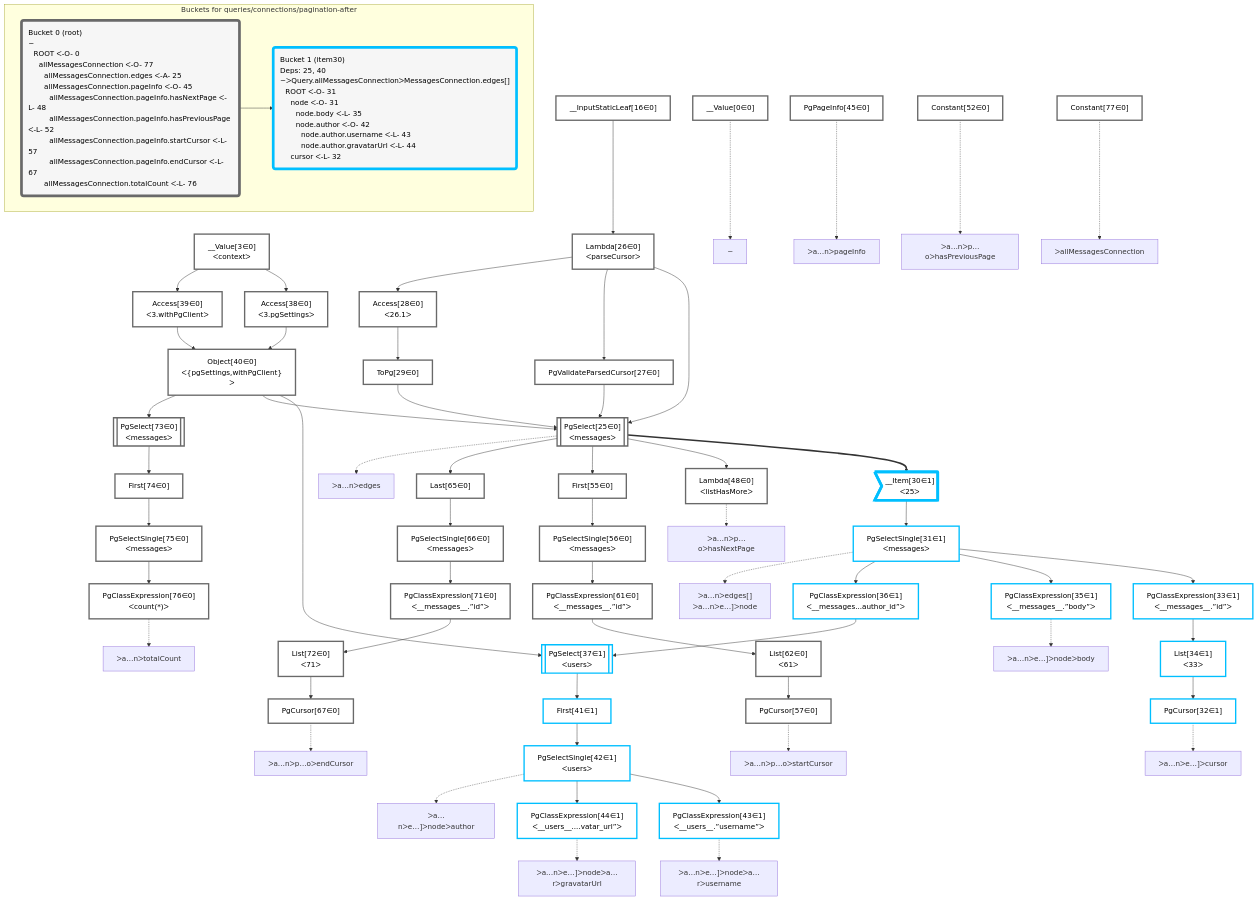
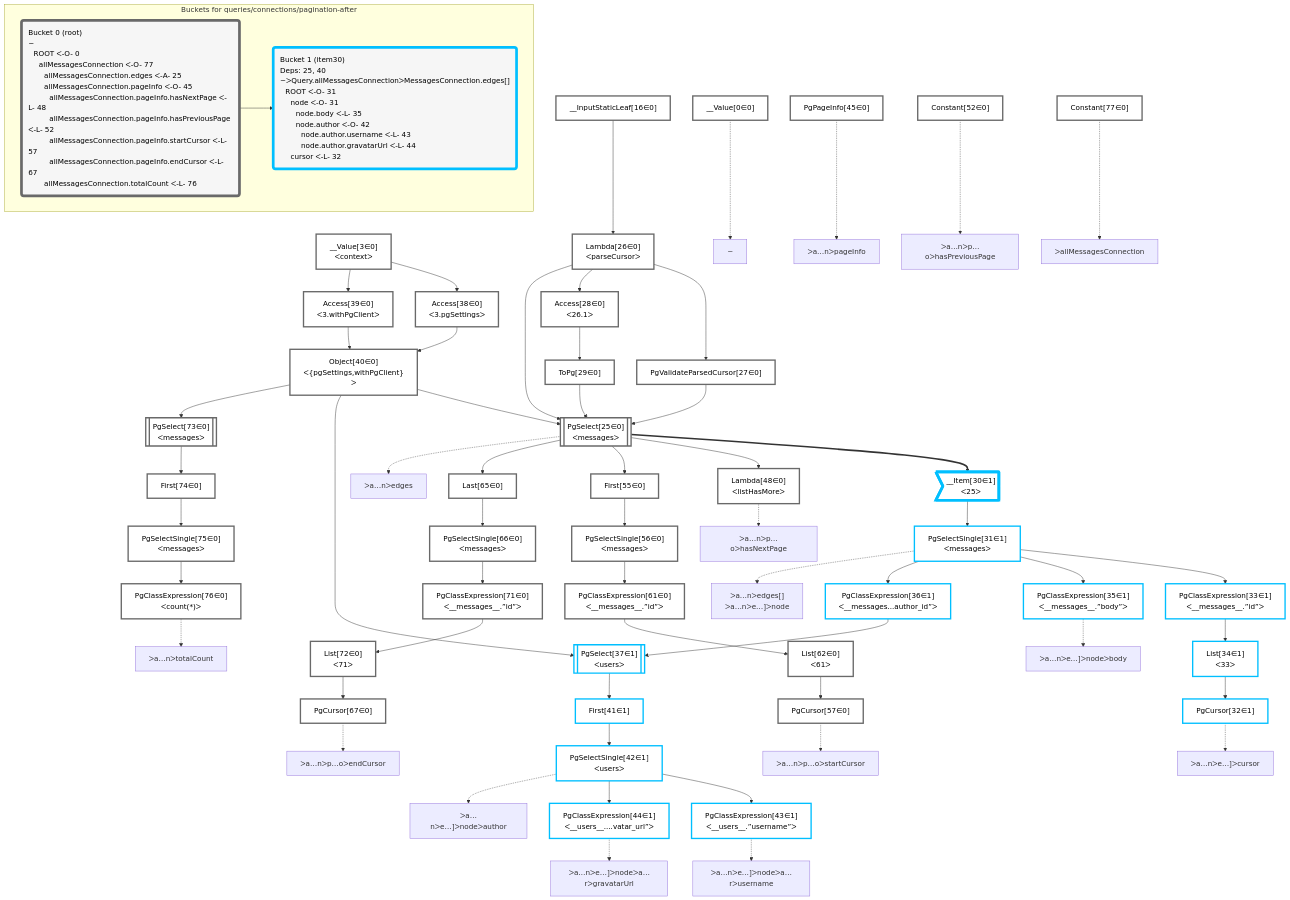
The diagram in packages/dataplan-pg/__tests__/queries/connections/pagination-after.deopt.mermaid.md (graphile/crystal), drawn with Mermaid before and after one commit. The commit also changed other lines of this file and 195 other files, not shown here.

Commit message:
Reorder graphs

```diff
--- a/packages/dataplan-pg/__tests__/queries/connections/pagination-after.deopt.mermaid.md
+++ b/packages/dataplan-pg/__tests__/queries/connections/pagination-after.deopt.mermaid.md
@@ -9,83 +9,83 @@
 
     %% define plans
     __Value0["__Value[0∈0]"]:::plan
+    __Value3["__Value[3∈0]<br />ᐸcontextᐳ"]:::plan
+    __InputStaticLeaf16["__InputStaticLeaf[16∈0]"]:::plan
+    Access38["Access[38∈0]<br />ᐸ3.pgSettingsᐳ"]:::plan
+    Access39["Access[39∈0]<br />ᐸ3.withPgClientᐳ"]:::plan
+    Object40["Object[40∈0]<br />ᐸ{pgSettings,withPgClient}ᐳ"]:::plan
+    Constant77["Constant[77∈0]"]:::plan
+    Lambda26["Lambda[26∈0]<br />ᐸparseCursorᐳ"]:::plan
+    PgValidateParsedCursor27["PgValidateParsedCursor[27∈0]"]:::plan
+    Access28["Access[28∈0]<br />ᐸ26.1ᐳ"]:::plan
+    ToPg29["ToPg[29∈0]"]:::plan
+    PgSelect25[["PgSelect[25∈0]<br />ᐸmessagesᐳ"]]:::plan
+    __Item30>"__Item[30∈1]<br />ᐸ25ᐳ"]:::itemplan
+    PgSelectSingle31["PgSelectSingle[31∈1]<br />ᐸmessagesᐳ"]:::plan
+    PgClassExpression33["PgClassExpression[33∈1]<br />ᐸ__messages__.”id”ᐳ"]:::plan
+    List34["List[34∈1]<br />ᐸ33ᐳ"]:::plan
     PgCursor32["PgCursor[32∈1]"]:::plan
-    List34["List[34∈1]<br />ᐸ33ᐳ"]:::plan
-    PgClassExpression33["PgClassExpression[33∈1]<br />ᐸ__messages__.”id”ᐳ"]:::plan
     PgClassExpression35["PgClassExpression[35∈1]<br />ᐸ__messages__.”body”ᐳ"]:::plan
+    PgClassExpression36["PgClassExpression[36∈1]<br />ᐸ__messages...author_id”ᐳ"]:::plan
+    PgSelect37[["PgSelect[37∈1]<br />ᐸusersᐳ"]]:::plan
+    First41["First[41∈1]"]:::plan
+    PgSelectSingle42["PgSelectSingle[42∈1]<br />ᐸusersᐳ"]:::plan
     PgClassExpression43["PgClassExpression[43∈1]<br />ᐸ__users__.”username”ᐳ"]:::plan
     PgClassExpression44["PgClassExpression[44∈1]<br />ᐸ__users__....vatar_url”ᐳ"]:::plan
-    PgSelectSingle42["PgSelectSingle[42∈1]<br />ᐸusersᐳ"]:::plan
-    First41["First[41∈1]"]:::plan
-    PgSelect37[["PgSelect[37∈1]<br />ᐸusersᐳ"]]:::plan
-    PgClassExpression36["PgClassExpression[36∈1]<br />ᐸ__messages...author_id”ᐳ"]:::plan
-    PgSelectSingle31["PgSelectSingle[31∈1]<br />ᐸmessagesᐳ"]:::plan
-    __Item30>"__Item[30∈1]<br />ᐸ25ᐳ"]:::itemplan
+    PgPageInfo45["PgPageInfo[45∈0]"]:::plan
     Lambda48["Lambda[48∈0]<br />ᐸlistHasMoreᐳ"]:::plan
+    Constant52["Constant[52∈0]"]:::plan
+    First55["First[55∈0]"]:::plan
+    PgSelectSingle56["PgSelectSingle[56∈0]<br />ᐸmessagesᐳ"]:::plan
+    PgClassExpression61["PgClassExpression[61∈0]<br />ᐸ__messages__.”id”ᐳ"]:::plan
+    List62["List[62∈0]<br />ᐸ61ᐳ"]:::plan
     PgCursor57["PgCursor[57∈0]"]:::plan
-    List62["List[62∈0]<br />ᐸ61ᐳ"]:::plan
-    PgClassExpression61["PgClassExpression[61∈0]<br />ᐸ__messages__.”id”ᐳ"]:::plan
-    PgSelectSingle56["PgSelectSingle[56∈0]<br />ᐸmessagesᐳ"]:::plan
-    First55["First[55∈0]"]:::plan
+    Last65["Last[65∈0]"]:::plan
+    PgSelectSingle66["PgSelectSingle[66∈0]<br />ᐸmessagesᐳ"]:::plan
+    PgClassExpression71["PgClassExpression[71∈0]<br />ᐸ__messages__.”id”ᐳ"]:::plan
+    List72["List[72∈0]<br />ᐸ71ᐳ"]:::plan
     PgCursor67["PgCursor[67∈0]"]:::plan
-    List72["List[72∈0]<br />ᐸ71ᐳ"]:::plan
-    PgClassExpression71["PgClassExpression[71∈0]<br />ᐸ__messages__.”id”ᐳ"]:::plan
-    PgSelectSingle66["PgSelectSingle[66∈0]<br />ᐸmessagesᐳ"]:::plan
-    Last65["Last[65∈0]"]:::plan
-    PgSelect25[["PgSelect[25∈0]<br />ᐸmessagesᐳ"]]:::plan
+    PgSelect73[["PgSelect[73∈0]<br />ᐸmessagesᐳ"]]:::plan
+    First74["First[74∈0]"]:::plan
+    PgSelectSingle75["PgSelectSingle[75∈0]<br />ᐸmessagesᐳ"]:::plan
     PgClassExpression76["PgClassExpression[76∈0]<br />ᐸcount(*)ᐳ"]:::plan
-    PgSelectSingle75["PgSelectSingle[75∈0]<br />ᐸmessagesᐳ"]:::plan
-    First74["First[74∈0]"]:::plan
-    PgSelect73[["PgSelect[73∈0]<br />ᐸmessagesᐳ"]]:::plan
-    Object40["Object[40∈0]<br />ᐸ{pgSettings,withPgClient}ᐳ"]:::plan
-    Access38["Access[38∈0]<br />ᐸ3.pgSettingsᐳ"]:::plan
-    Access39["Access[39∈0]<br />ᐸ3.withPgClientᐳ"]:::plan
-    __Value3["__Value[3∈0]<br />ᐸcontextᐳ"]:::plan
-    PgValidateParsedCursor27["PgValidateParsedCursor[27∈0]"]:::plan
-    ToPg29["ToPg[29∈0]"]:::plan
-    Access28["Access[28∈0]<br />ᐸ26.1ᐳ"]:::plan
-    Lambda26["Lambda[26∈0]<br />ᐸparseCursorᐳ"]:::plan
-    __InputStaticLeaf16["__InputStaticLeaf[16∈0]"]:::plan
-    Constant77["Constant[77∈0]"]:::plan
-    PgPageInfo45["PgPageInfo[45∈0]"]:::plan
-    Constant52["Constant[52∈0]"]:::plan
 
     %% plan dependencies
+    __Value3 --> Access38
+    __Value3 --> Access39
+    Access38 & Access39 --> Object40
+    __InputStaticLeaf16 --> Lambda26
+    Lambda26 --> PgValidateParsedCursor27
+    Lambda26 --> Access28
+    Access28 --> ToPg29
+    Object40 & Lambda26 & PgValidateParsedCursor27 & ToPg29 --> PgSelect25
+    PgSelect25 ==> __Item30
+    __Item30 --> PgSelectSingle31
+    PgSelectSingle31 --> PgClassExpression33
+    PgClassExpression33 --> List34
     List34 --> PgCursor32
-    PgClassExpression33 --> List34
-    PgSelectSingle31 --> PgClassExpression33
     PgSelectSingle31 --> PgClassExpression35
+    PgSelectSingle31 --> PgClassExpression36
+    Object40 & PgClassExpression36 --> PgSelect37
+    PgSelect37 --> First41
+    First41 --> PgSelectSingle42
     PgSelectSingle42 --> PgClassExpression43
     PgSelectSingle42 --> PgClassExpression44
-    First41 --> PgSelectSingle42
-    PgSelect37 --> First41
-    Object40 & PgClassExpression36 --> PgSelect37
-    PgSelectSingle31 --> PgClassExpression36
-    __Item30 --> PgSelectSingle31
-    PgSelect25 ==> __Item30
     PgSelect25 --> Lambda48
+    PgSelect25 --> First55
+    First55 --> PgSelectSingle56
+    PgSelectSingle56 --> PgClassExpression61
+    PgClassExpression61 --> List62
     List62 --> PgCursor57
-    PgClassExpression61 --> List62
-    PgSelectSingle56 --> PgClassExpression61
-    First55 --> PgSelectSingle56
-    PgSelect25 --> First55
+    PgSelect25 --> Last65
+    Last65 --> PgSelectSingle66
+    PgSelectSingle66 --> PgClassExpression71
+    PgClassExpression71 --> List72
     List72 --> PgCursor67
-    PgClassExpression71 --> List72
-    PgSelectSingle66 --> PgClassExpression71
-    Last65 --> PgSelectSingle66
-    PgSelect25 --> Last65
-    Object40 & Lambda26 & PgValidateParsedCursor27 & ToPg29 --> PgSelect25
+    Object40 --> PgSelect73
+    PgSelect73 --> First74
+    First74 --> PgSelectSingle75
     PgSelectSingle75 --> PgClassExpression76
-    First74 --> PgSelectSingle75
-    PgSelect73 --> First74
-    Object40 --> PgSelect73
-    Access38 & Access39 --> Object40
-    __Value3 --> Access38
-    __Value3 --> Access39
-    Lambda26 --> PgValidateParsedCursor27
-    Access28 --> ToPg29
-    Lambda26 --> Access28
-    __InputStaticLeaf16 --> Lambda26
 
     %% plan-to-path relationships
     P0["~"]
```
